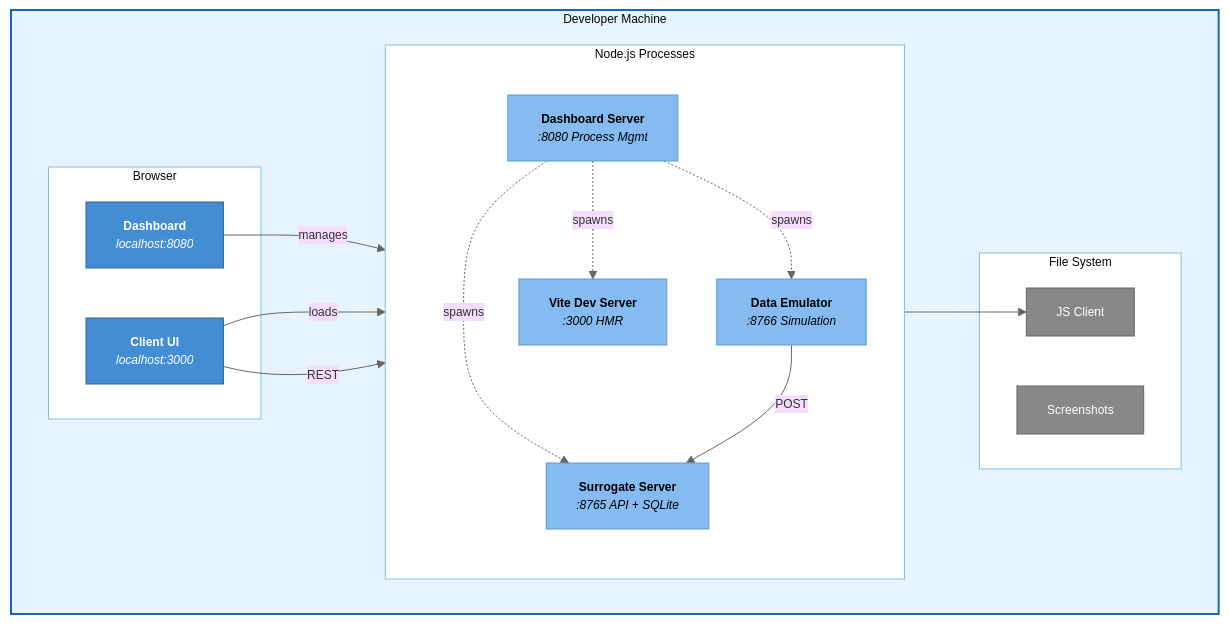
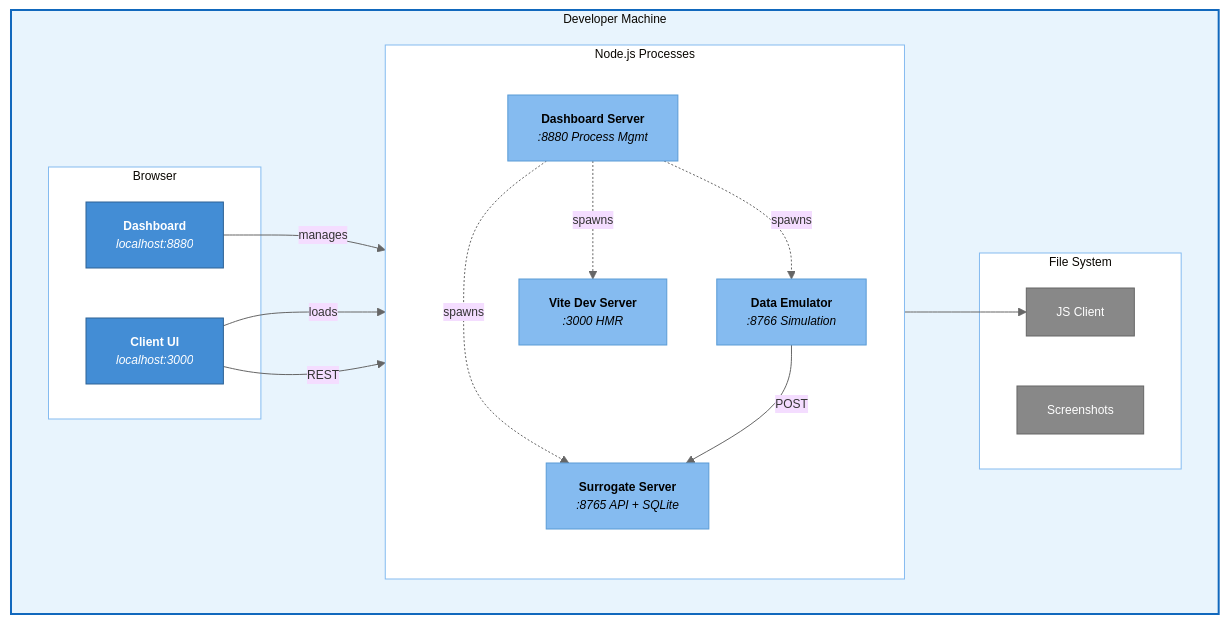
Before and after one commit to ericpauls/disco_workspace: the sixth of 6 diagrams in docs/c4-architecture-diagram.md, drawn with Mermaid. The commit also changed other lines of this file and 7 other files, not shown here.

````diff
--- a/docs/c4-architecture-diagram.md
+++ b/docs/c4-architecture-diagram.md
@@ -271,46 +271,46 @@
 ```mermaid
 %%{init: {'theme': 'base', 'themeVariables': { 'lineColor': '#666', 'fontSize': '12px'}}}%%
 flowchart TB
     subgraph machine["Developer Machine"]
         direction LR
 
         subgraph browser["Browser"]
-            dash_ui["<b>Dashboard</b><br/><i>localhost:8080</i>"]
+            dash_ui["<b>Dashboard</b><br/><i>localhost:8880</i>"]
             client_ui["<b>Client UI</b><br/><i>localhost:3000</i>"]
         end
 
         subgraph node["Node.js Processes"]
             direction TB
-            dash_srv["<b>Dashboard Server</b><br/><i>:8080 Process Mgmt</i>"]
+            dash_srv["<b>Dashboard Server</b><br/><i>:8880 Process Mgmt</i>"]
             express["<b>Surrogate Server</b><br/><i>:8765 API + SQLite</i>"]
             emu_srv["<b>Data Emulator</b><br/><i>:8766 Simulation</i>"]
             vite["<b>Vite Dev Server</b><br/><i>:3000 HMR</i>"]
         end
 
         subgraph files["File System"]
             js_client["JS Client"]
             screenshots["Screenshots"]
         end
     end
 
     dash_ui -->|manages| dash_srv
     client_ui -->|loads| vite
     client_ui -->|REST| express
     vite --> js_client
     dash_srv -.->|spawns| express
     dash_srv -.->|spawns| emu_srv
     dash_srv -.->|spawns| vite
     emu_srv -->|POST| express
 
     classDef runtime fill:#85BBF0,stroke:#5A9BD5,color:#000
     classDef browser fill:#438DD5,stroke:#2E6295,color:#fff
     classDef file fill:#888,stroke:#666,color:#fff
     classDef machine fill:#E8F4FD,stroke:#1168BD,stroke-width:2px
     classDef inner fill:#fff,stroke:#85BBF0,stroke-width:1px
 
     class dash_ui,client_ui browser
     class dash_srv,express,emu_srv,vite runtime
     class js_client,screenshots file
     class machine machine
     class browser,node,files inner
 ```
````
